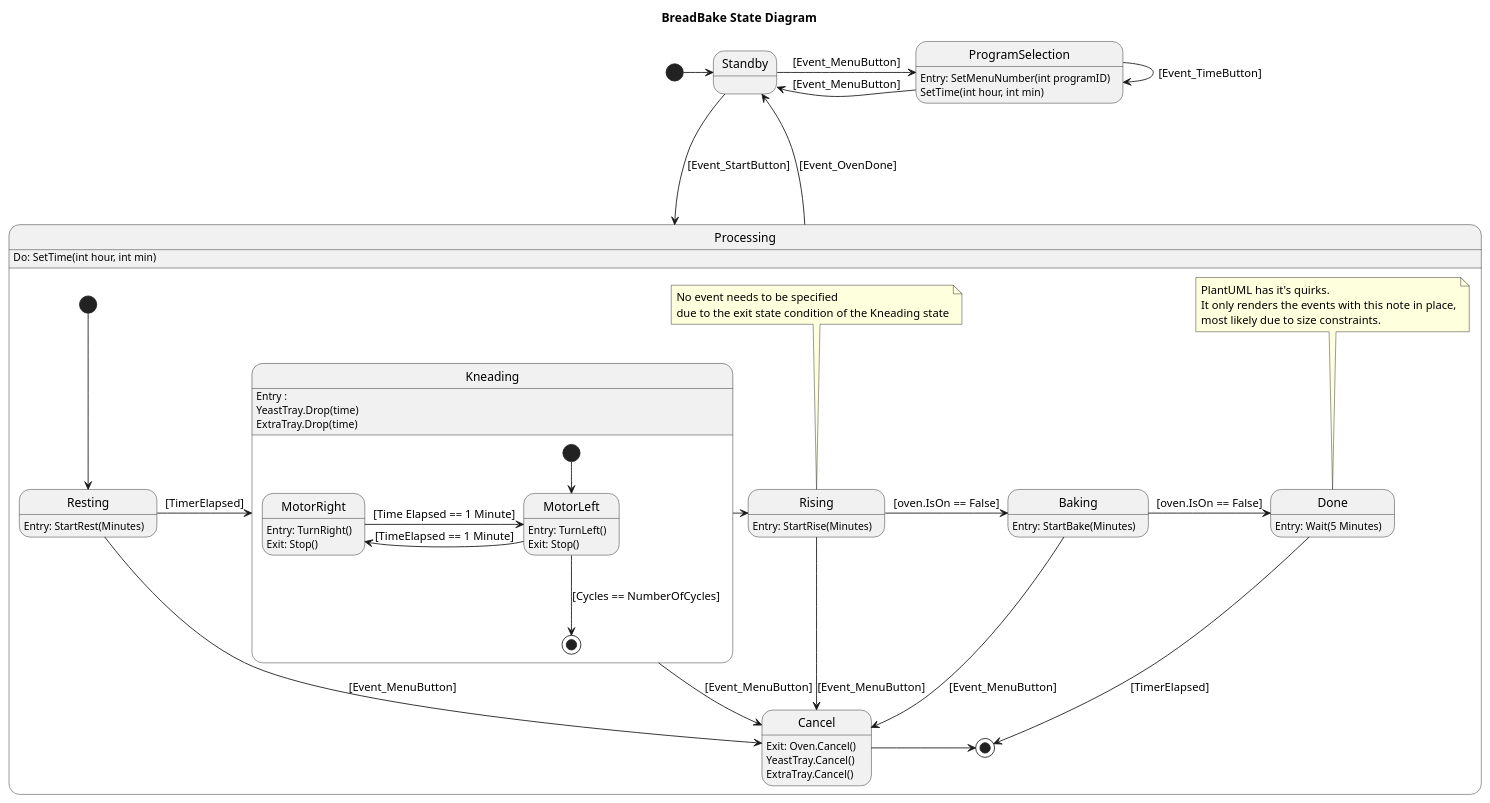
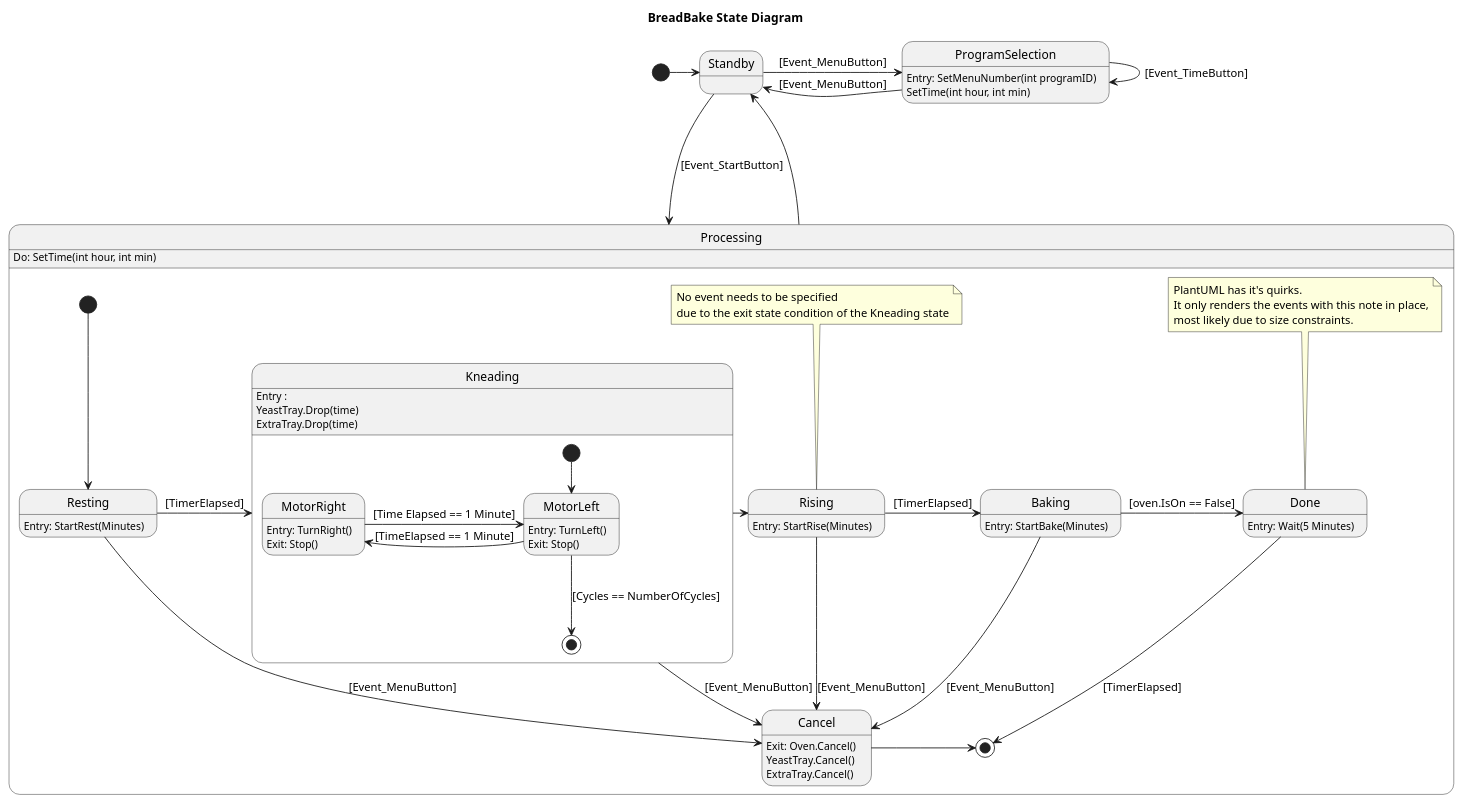
The diagram in Software Design & Algorithms/BreadBake/Diagram.puml (NathanThus/Technology-Semester-3), drawn with PlantUML before and after one commit. The commit also changed 5 other files, not shown here.

```diff
--- a/Software Design & Algorithms/BreadBake/Diagram.puml
+++ b/Software Design & Algorithms/BreadBake/Diagram.puml
@@ -1,76 +1,76 @@
 @startuml BreadBake
 Title BreadBake State Diagram
 
 [*] -> Standby
 
 state ProgramSelection
     ProgramSelection : Entry: SetMenuNumber(int programID)
     ProgramSelection : SetTime(int hour, int min)
 
 Standby -> ProgramSelection : [Event_MenuButton]
 ProgramSelection -> Standby : [Event_MenuButton]
 ProgramSelection -> ProgramSelection : [Event_TimeButton]
 
 Standby ---> Processing : [Event_StartButton]
 
 state Processing {
     Processing: Do: SetTime(int hour, int min)
     state Baking
         Baking: Entry: StartBake(Minutes)
     state Resting
         Resting: Entry: StartRest(Minutes)
     state Rising
         Rising: Entry: StartRise(Minutes)
     state Done
         Done: Entry: Wait(5 Minutes)
 
     state Kneading {
     Kneading: Entry : 
     Kneading: YeastTray.Drop(time)
     Kneading: ExtraTray.Drop(time)
 
     state MotorLeft
         MotorLeft: Entry: TurnLeft()
         MotorLeft: Exit: Stop()
     state MotorRight
         MotorRight: Entry: TurnRight()
         MotorRight: Exit: Stop()
 
     [*] --> MotorLeft
 
     MotorLeft -Left-> MotorRight : [TimeElapsed == 1 Minute]
     MotorRight -Right-> MotorLeft : [Time Elapsed == 1 Minute]
     MotorLeft --Down-> [*] : [Cycles == NumberOfCycles]
     }
 
     state Cancel {
         Cancel: Exit: Oven.Cancel() \nYeastTray.Cancel() \nExtraTray.Cancel()
     }
     
     [*] -down-> Resting
     Resting --right-> Kneading : [TimerElapsed]
     note top of Rising
         No event needs to be specified
         due to the exit state condition of the Kneading state
     end note
     Kneading -> Rising
-    Rising -> Baking : [oven.IsOn == False]
+    Rising -> Baking : [TimerElapsed]
     Baking -right-> Done : [oven.IsOn == False]
     Done -> [*] : [TimerElapsed]
 
     note top of Done
         PlantUML has it's quirks.
         It only renders the events with this note in place,
         most likely due to size constraints.
     end note
 
     Resting -down-> Cancel : [Event_MenuButton]
     Kneading -down-> Cancel : [Event_MenuButton]
     Rising -down-> Cancel : [Event_MenuButton]
     Baking -down-> Cancel : [Event_MenuButton]
 
     Cancel->[*]
 }
 
-Processing --> Standby : [Event_OvenDone]
+Processing --> Standby
 @enduml
```
